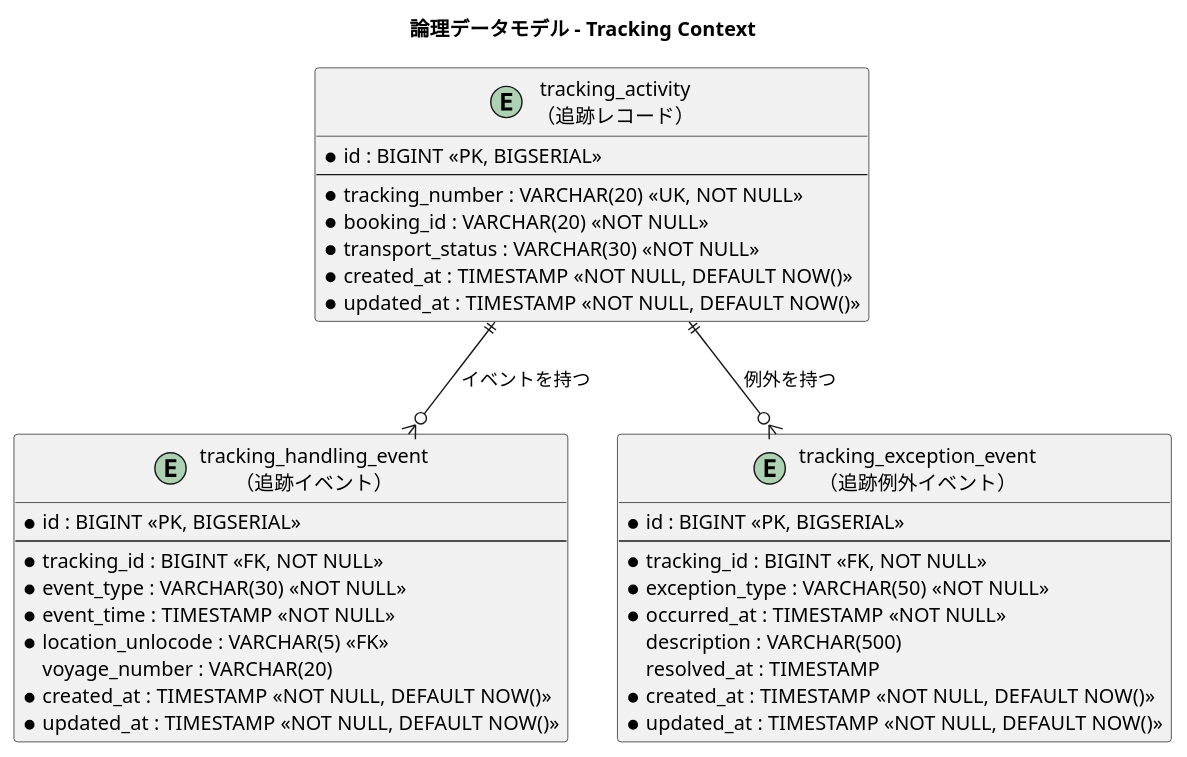
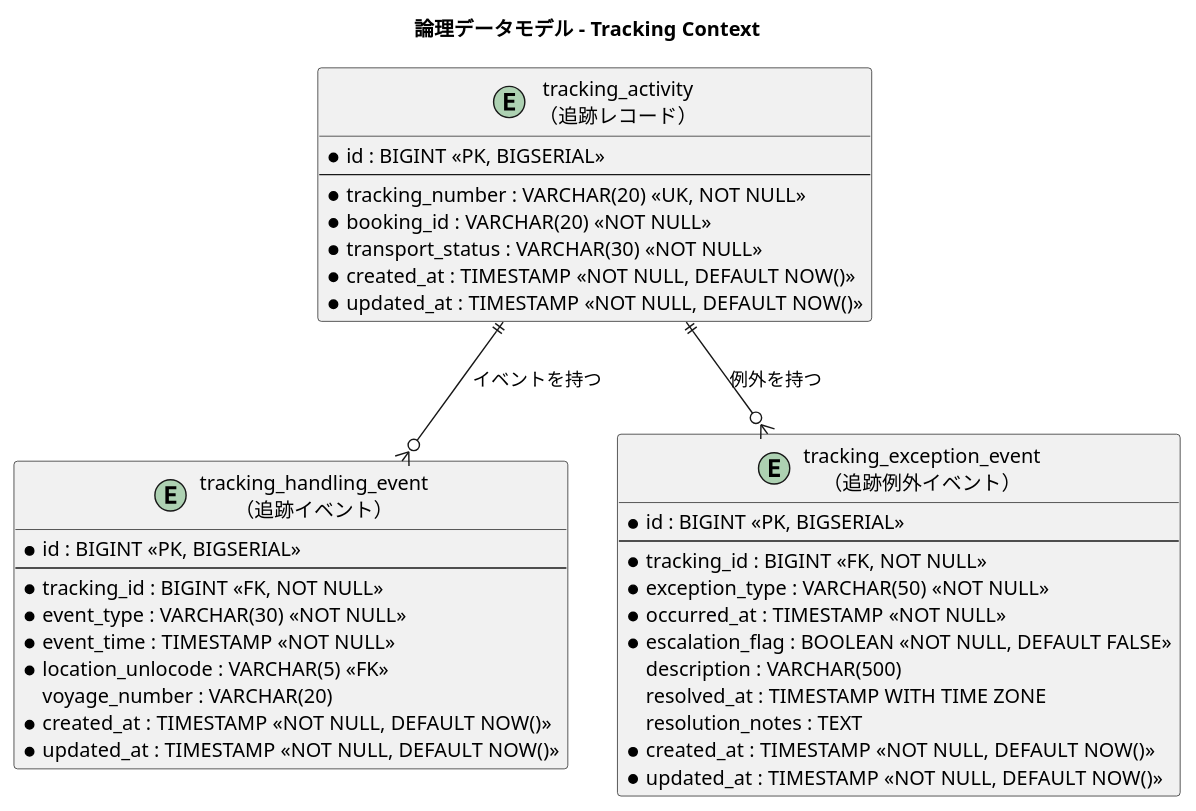
The fifth of 8 diagrams in docs/design/data-model.md (k2works/case-study-cargo-tracker), drawn with PlantUML before and after one commit. The commit also changed other lines of this file, not shown here.

````diff
--- a/docs/design/data-model.md
+++ b/docs/design/data-model.md
@@ -328,43 +382,45 @@
 ```plantuml
 @startuml
 title 論理データモデル - Tracking Context
 
 entity "tracking_activity\n（追跡レコード）" as tracking_activity {
   * id : BIGINT <<PK, BIGSERIAL>>
   --
   * tracking_number : VARCHAR(20) <<UK, NOT NULL>>
   * booking_id : VARCHAR(20) <<NOT NULL>>
   * transport_status : VARCHAR(30) <<NOT NULL>>
   * created_at : TIMESTAMP <<NOT NULL, DEFAULT NOW()>>
   * updated_at : TIMESTAMP <<NOT NULL, DEFAULT NOW()>>
 }
 
 entity "tracking_handling_event\n（追跡イベント）" as tracking_handling_event {
   * id : BIGINT <<PK, BIGSERIAL>>
   --
   * tracking_id : BIGINT <<FK, NOT NULL>>
   * event_type : VARCHAR(30) <<NOT NULL>>
   * event_time : TIMESTAMP <<NOT NULL>>
   * location_unlocode : VARCHAR(5) <<FK>>
   voyage_number : VARCHAR(20)
   * created_at : TIMESTAMP <<NOT NULL, DEFAULT NOW()>>
   * updated_at : TIMESTAMP <<NOT NULL, DEFAULT NOW()>>
 }
 
 entity "tracking_exception_event\n（追跡例外イベント）" as tracking_exception_event {
   * id : BIGINT <<PK, BIGSERIAL>>
   --
   * tracking_id : BIGINT <<FK, NOT NULL>>
   * exception_type : VARCHAR(50) <<NOT NULL>>
   * occurred_at : TIMESTAMP <<NOT NULL>>
+  * escalation_flag : BOOLEAN <<NOT NULL, DEFAULT FALSE>>
   description : VARCHAR(500)
-  resolved_at : TIMESTAMP
+  resolved_at : TIMESTAMP WITH TIME ZONE
+  resolution_notes : TEXT
   * created_at : TIMESTAMP <<NOT NULL, DEFAULT NOW()>>
   * updated_at : TIMESTAMP <<NOT NULL, DEFAULT NOW()>>
 }
 
 tracking_activity ||--o{ tracking_handling_event : "イベントを持つ"
 tracking_activity ||--o{ tracking_exception_event : "例外を持つ"
 
 @enduml
 ```
````
